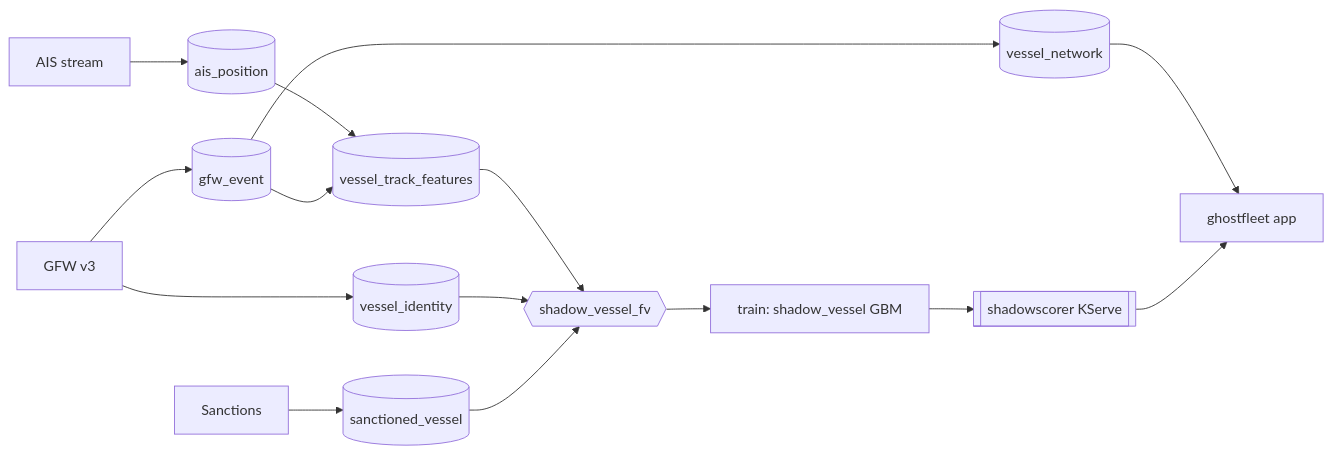
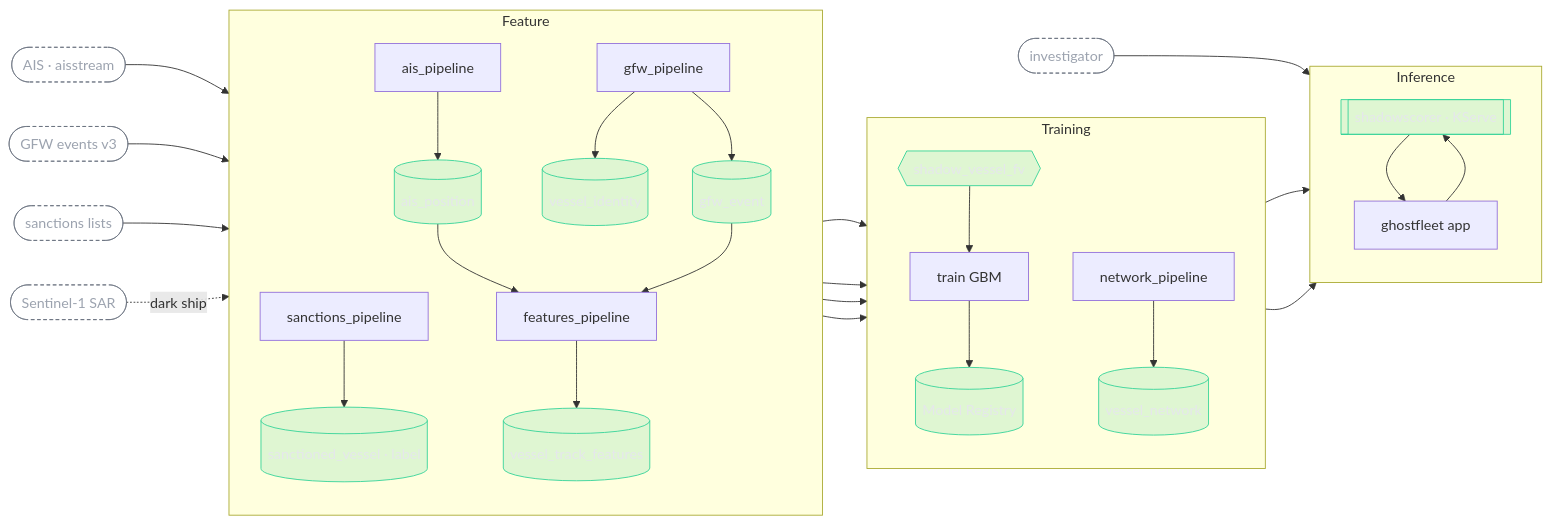
The diagram in README.md (MagicLex/ghost-fleet), drawn with Mermaid before and after one commit. The commit also changed other lines of this file and 1 other file, not shown here.

````diff
--- a/README.md
+++ b/README.md
@@ -34,17 +59,41 @@
 ```mermaid
 flowchart LR
-  AIS[AIS stream] --> AP[(ais_position)]
-  GFW[GFW v3] --> VI[(vessel_identity)]
-  GFW --> GE[(gfw_event)]
-  SAN[Sanctions] --> SV[(sanctioned_vessel)]
-  AP --> VF[(vessel_track_features)]
-  GE --> VF
-  VF --> FV{{shadow_vessel_fv}}
-  VI --> FV
-  SV --> FV
-  FV --> TR[train: shadow_vessel GBM]
-  GE --> NET[(vessel_network)]
-  TR --> DEP[[shadowscorer KServe]]
-  NET --> APP[ghostfleet app]
-  DEP --> APP
+    ais([AIS · aisstream]):::ext
+    gfw([GFW events v3]):::ext
+    san([sanctions lists]):::ext
+    sar([Sentinel-1 SAR]):::ext
+
+    subgraph FE[Feature]
+        direction TB
+        f1[ais_pipeline] --> ap[(ais_position)]:::hops
+        f3[gfw_pipeline] --> vi[(vessel_identity)]:::hops
+        f3 --> ge[(gfw_event)]:::hops
+        f4[sanctions_pipeline] --> sv[(sanctioned_vessel · label)]:::hops
+        ap --> f2[features_pipeline]
+        ge --> f2
+        f2 --> vtf[(vessel_track_features)]:::hops
+    end
+    subgraph TR[Training]
+        direction TB
+        fv{{shadow_vessel_fv}}:::hops --> t1[train GBM] --> reg[(Model Registry)]:::hops
+        ge --> t2[network_pipeline] --> net[(vessel_network)]:::hops
+    end
+    subgraph INF[Inference]
+        direction TB
+        ep[[shadowscorer · KServe]]:::hops --> app[ghostfleet app]
+    end
+
+    ais --> f1
+    gfw --> f3
+    san --> f4
+    sar -. dark ship .-> f2
+    vtf --> fv
+    vi --> fv
+    sv --> fv
+    reg --> ep
+    net --> app
+    who([investigator]):::ext --> app --> ep
+
+    classDef hops fill:#10b98122,stroke:#34d399,color:#e5e7eb;
+    classDef ext fill:none,stroke:#6b7280,color:#9ca3af,stroke-dasharray:4 3;
 ```
````
